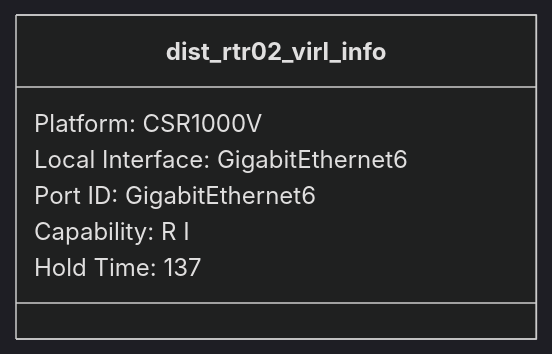
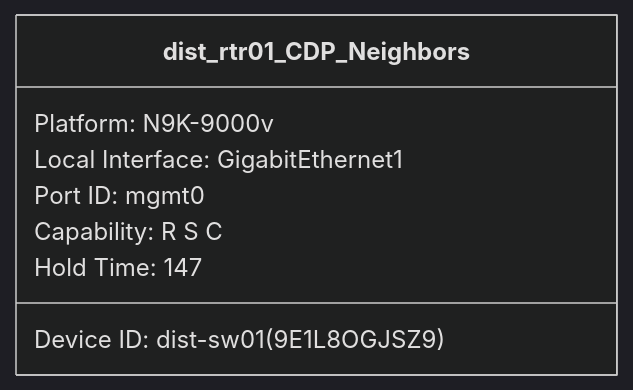
Before and after one commit to automateyournetwork/pyYAHTS: the fifth of 6 diagrams in Examples/IOS-XE/dist-rtr01 show cdp neighbors class.md, drawn with Mermaid (dark theme). The commit also changed other lines of this file and 34 other files, not shown here.

Commit message:
ios-xe class diagrams

````diff
--- a/Examples/IOS-XE/dist-rtr01 show cdp neighbors class.md
+++ b/Examples/IOS-XE/dist-rtr01 show cdp neighbors class.md
@@ -44,10 +48,11 @@
 ```mermaid
 classDiagram
-class dist_rtr02_virl_info{
-Platform: CSR1000V
-Local Interface: GigabitEthernet6
-Port ID: GigabitEthernet6
-Capability: R I
-Hold Time: 137
+class dist_rtr01_CDP_Neighbors {
+Device ID: dist-sw01(9E1L8OGJSZ9)
+Platform: N9K-9000v
+Local Interface: GigabitEthernet1
+Port ID: mgmt0
+Capability: R S C
+Hold Time: 147
 }
 ```
````
